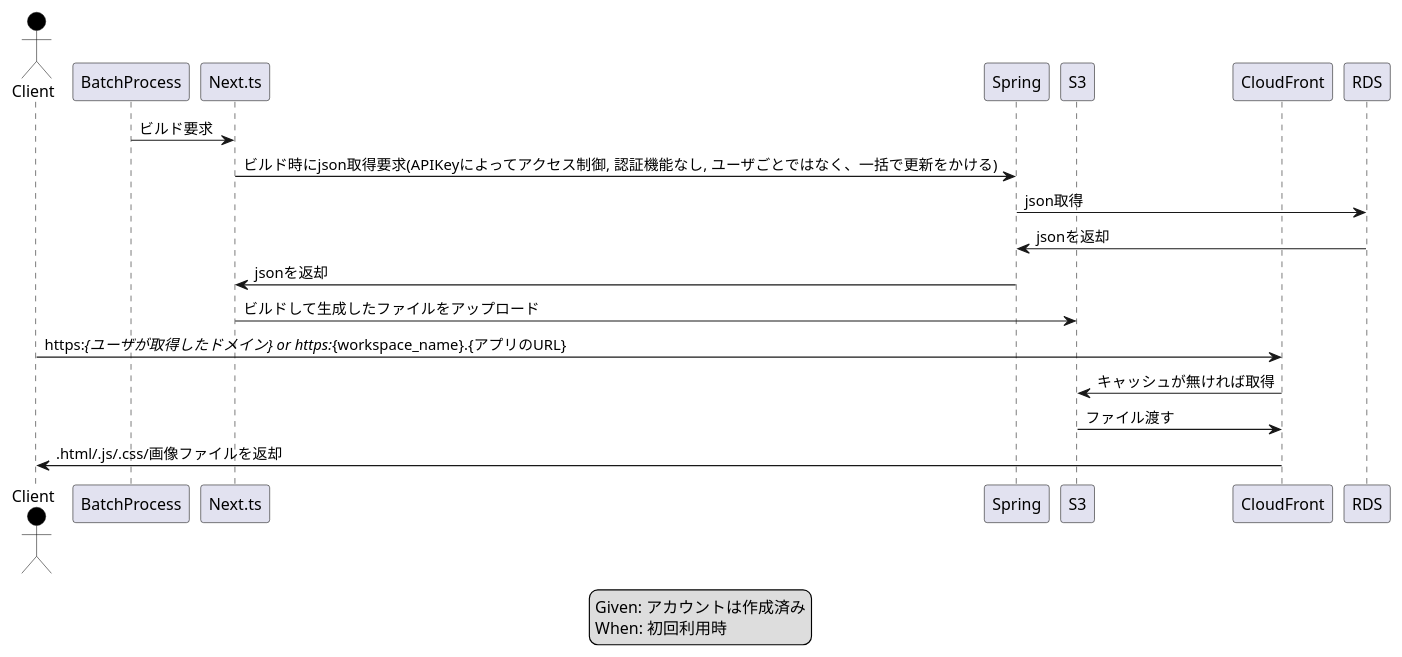
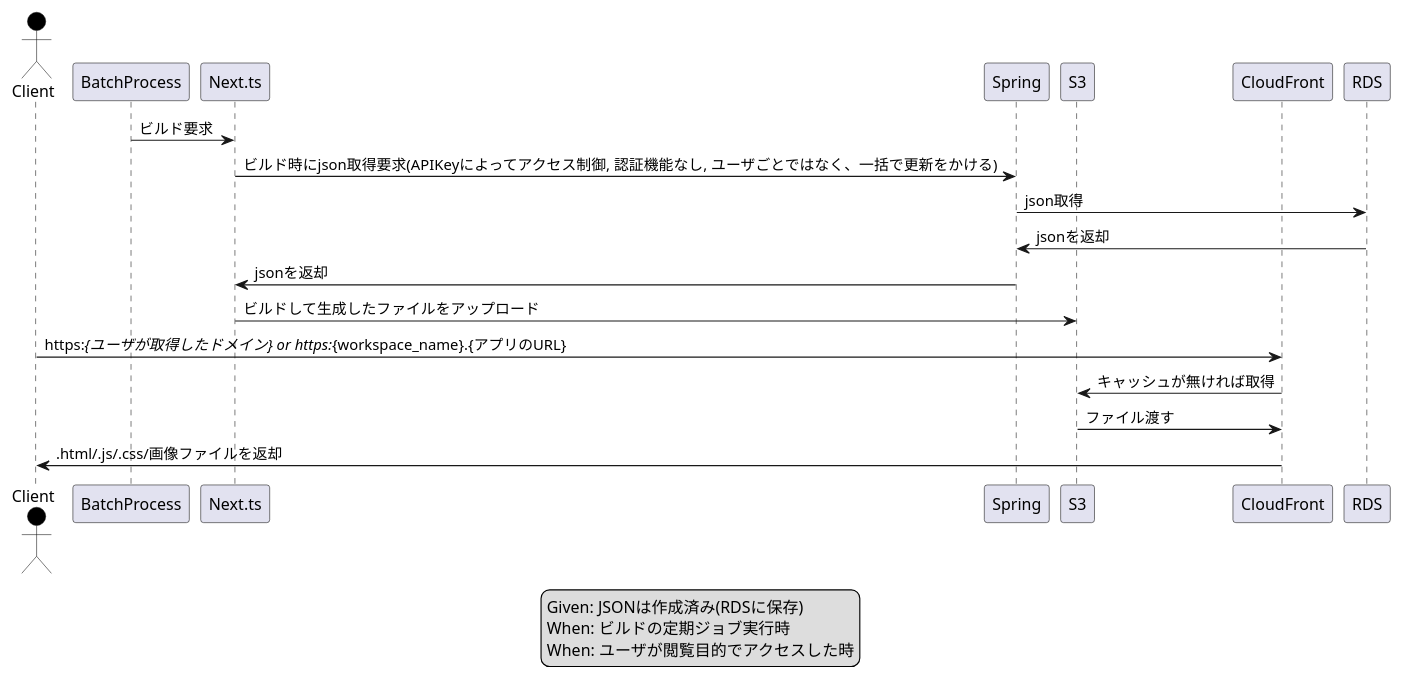
Before and after one commit to lambda-b/SXIHolidayDev: the diagram in cms/sequence/page_generator.pu, drawn with PlantUML.

Commit message:
状況を整理

```diff
--- a/cms/sequence/page_generator.pu
+++ b/cms/sequence/page_generator.pu
@@ -1,24 +1,25 @@
 @startuml
 actor Client #black
 participant Batch as "BatchProcess"
 participant N as "Next.ts"
 participant API as "Spring"
 participant S3
 participant CloudFront
 
 Batch->N: ビルド要求
 N->API: ビルド時にjson取得要求(APIKeyによってアクセス制御, 認証機能なし, ユーザごとではなく、一括で更新をかける)
 API->RDS: json取得
 RDS->API: jsonを返却
 API->N: jsonを返却
 N->S3: ビルドして生成したファイルをアップロード
 Client->CloudFront: https://{ユーザが取得したドメイン} or https://{workspace_name}.{アプリのURL}
 CloudFront->S3: キャッシュが無ければ取得
 S3->CloudFront: ファイル渡す
 CloudFront->Client: .html/.js/.css/画像ファイルを返却
 
 legend center
-  Given: アカウントは作成済み
-  When: 初回利用時
+  Given: JSONは作成済み(RDSに保存)
+  When: ビルドの定期ジョブ実行時
+  When: ユーザが閲覧目的でアクセスした時
 endlegend
 @enduml
```
